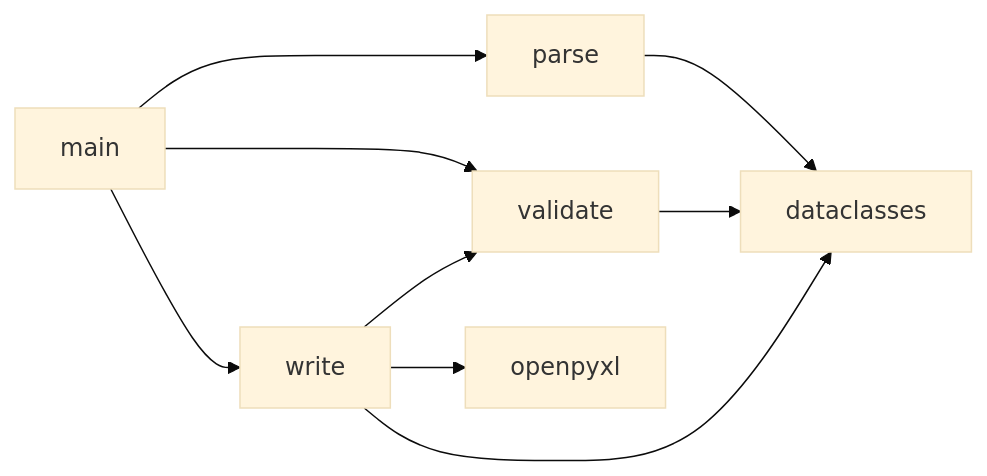
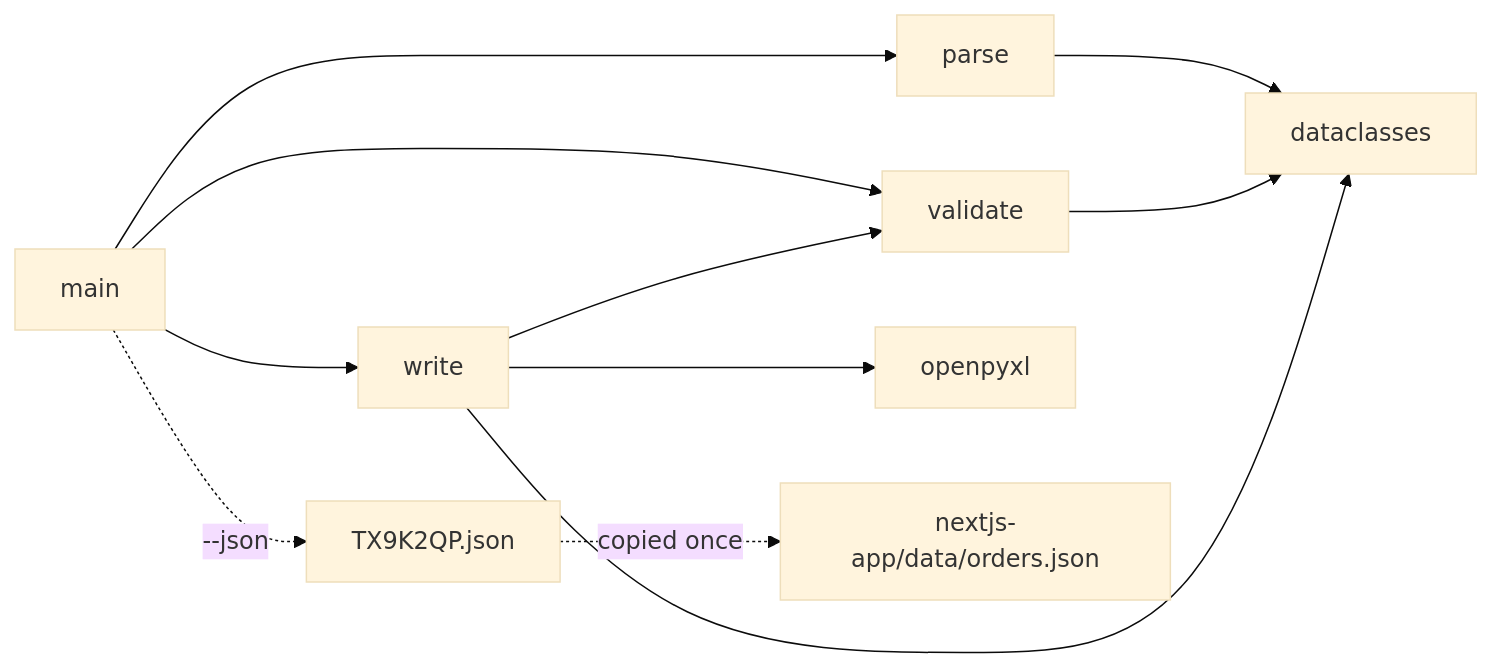
The third of 4 diagrams in docs/DESIGN.md (TRUPALIX9/bhf-take-home), drawn with Mermaid (base theme) before and after one commit. The commit also changed other lines of this file and 21 other files, not shown here.

````diff
--- a/docs/DESIGN.md
+++ b/docs/DESIGN.md
@@ -48,11 +53,13 @@
 ```mermaid
 graph LR
   main --> parse
   main --> validate
   main --> write
   parse --> model[dataclasses]
   validate --> model
   write --> model
   write --> validate
   write --> openpyxl
+  main -. "--json" .-> json[TX9K2QP.json]
+  json -. copied once .-> seed[nextjs-app/data/orders.json]
 ```
````
